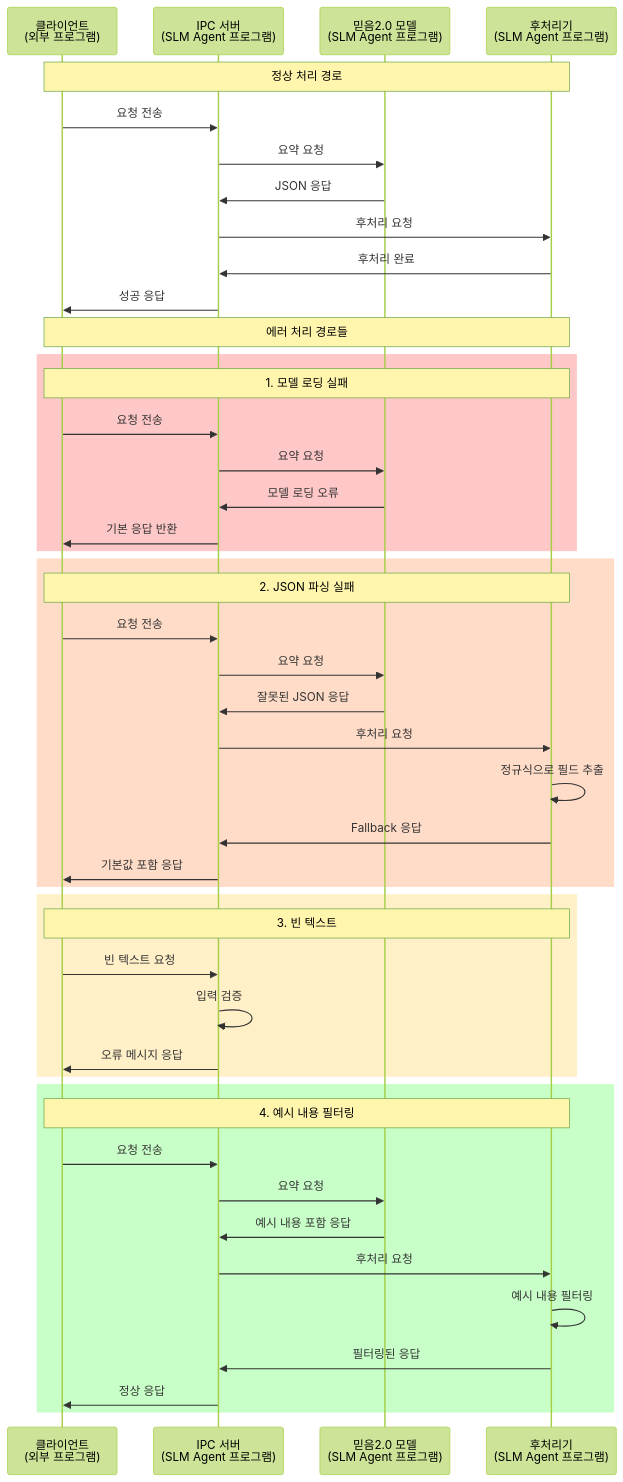
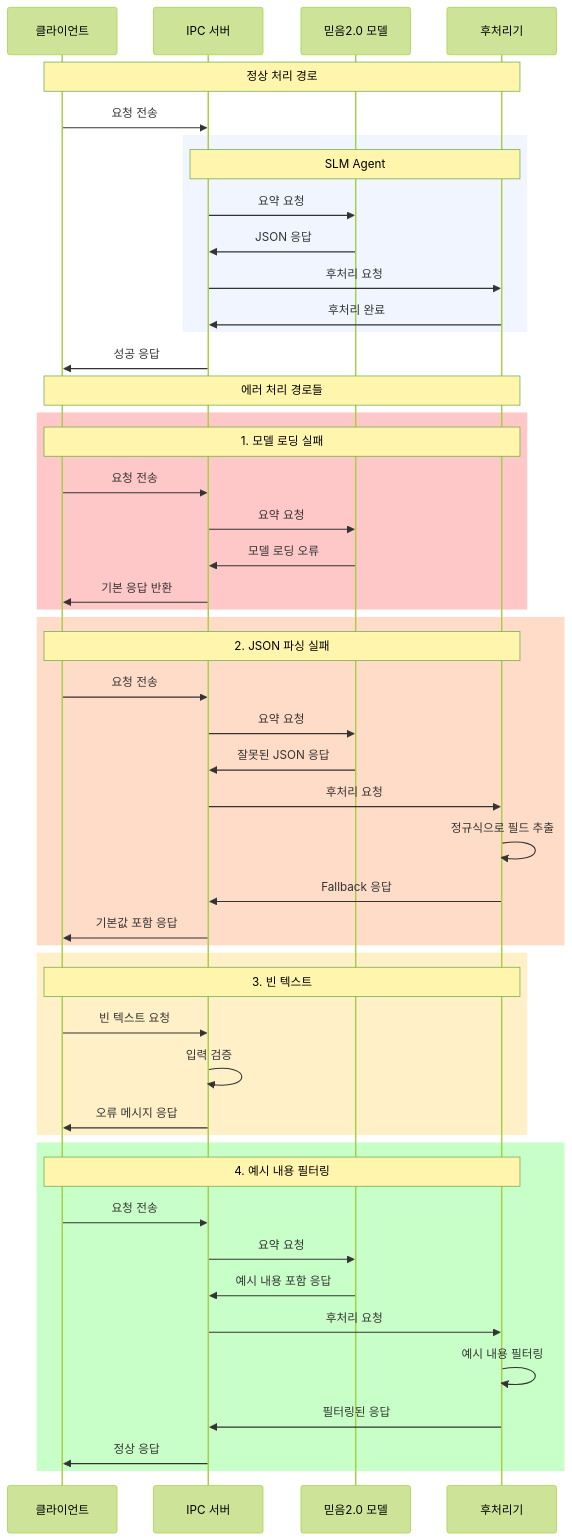
Before and after one commit to hak023/gemma-summarizer-poc: the third of 5 diagrams in sequence_diagram.md, drawn with Mermaid (forest theme). The commit also changed other lines of this file and 2 other files, not shown here.

First line of the commit message:
올바른 SLM Agent 그룹핑 적용: participant 원래 이름 + rect 구문

````diff
--- a/sequence_diagram.md
+++ b/sequence_diagram.md
@@ -107,53 +113,56 @@
 ```mermaid
 sequenceDiagram
-    participant Client as 클라이언트<br/>(외부 프로그램)
-    participant IPC as IPC 서버<br/>(SLM Agent 프로그램)
-    participant Gemma as 믿음2.0 모델<br/>(SLM Agent 프로그램)
-    participant Postprocessor as 후처리기<br/>(SLM Agent 프로그램)
+    participant Client as 클라이언트
+    participant IPC as IPC 서버
+    participant Gemma as 믿음2.0 모델
+    participant Postprocessor as 후처리기
 
     Note over Client,Postprocessor: 정상 처리 경로
     Client->>IPC: 요청 전송
-    IPC->>Gemma: 요약 요청
-    Gemma->>IPC: JSON 응답
-    IPC->>Postprocessor: 후처리 요청
-    Postprocessor->>IPC: 후처리 완료
+    rect rgb(240, 245, 255)
+        Note over IPC,Postprocessor: SLM Agent
+        IPC->>Gemma: 요약 요청
+        Gemma->>IPC: JSON 응답
+        IPC->>Postprocessor: 후처리 요청
+        Postprocessor->>IPC: 후처리 완료
+    end
     IPC->>Client: 성공 응답
 
     Note over Client,Postprocessor: 에러 처리 경로들
     rect rgb(255, 200, 200)
         Note over Client,Postprocessor: 1. 모델 로딩 실패
         Client->>IPC: 요청 전송
         IPC->>Gemma: 요약 요청
         Gemma->>IPC: 모델 로딩 오류
         IPC->>Client: 기본 응답 반환
     end
 
     rect rgb(255, 220, 200)
         Note over Client,Postprocessor: 2. JSON 파싱 실패
         Client->>IPC: 요청 전송
         IPC->>Gemma: 요약 요청
         Gemma->>IPC: 잘못된 JSON 응답
         IPC->>Postprocessor: 후처리 요청
         Postprocessor->>Postprocessor: 정규식으로 필드 추출
         Postprocessor->>IPC: Fallback 응답
         IPC->>Client: 기본값 포함 응답
     end
 
     rect rgb(255, 240, 200)
         Note over Client,Postprocessor: 3. 빈 텍스트
         Client->>IPC: 빈 텍스트 요청
         IPC->>IPC: 입력 검증
         IPC->>Client: 오류 메시지 응답
     end
 
     rect rgb(200, 255, 200)
         Note over Client,Postprocessor: 4. 예시 내용 필터링
         Client->>IPC: 요청 전송
         IPC->>Gemma: 요약 요청
         Gemma->>IPC: 예시 내용 포함 응답
         IPC->>Postprocessor: 후처리 요청
         Postprocessor->>Postprocessor: 예시 내용 필터링
         Postprocessor->>IPC: 필터링된 응답
         IPC->>Client: 정상 응답
     end
 ```
````
